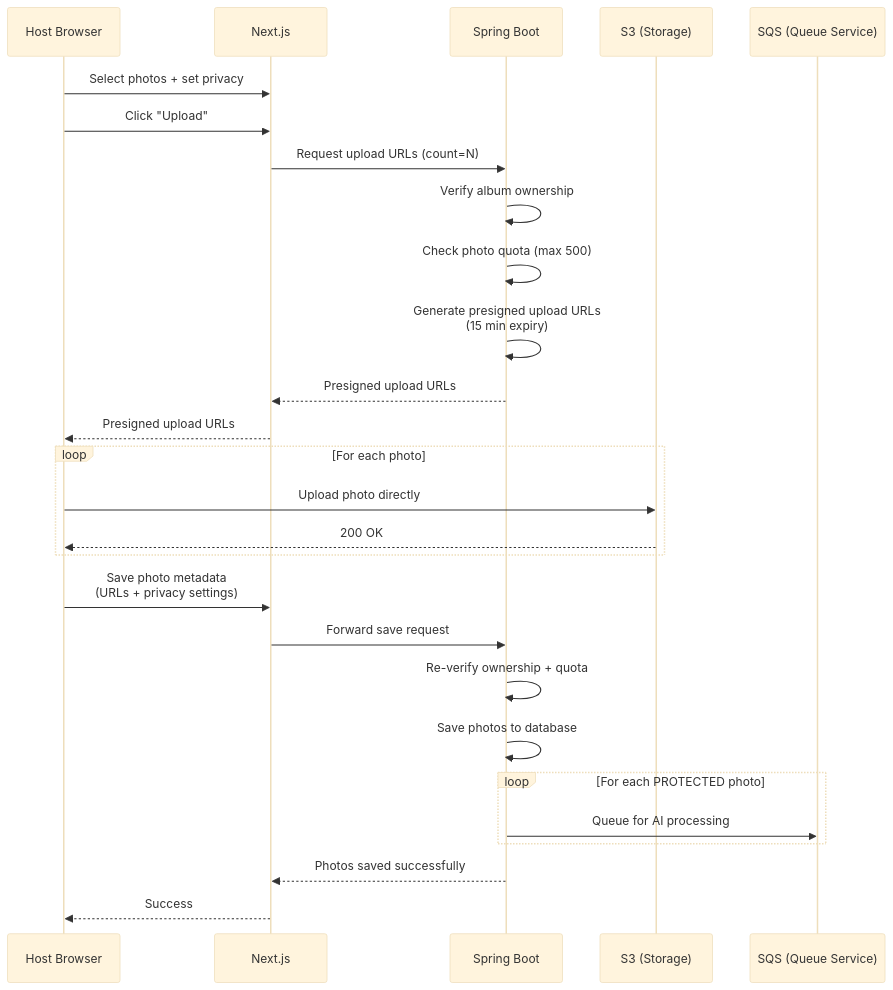
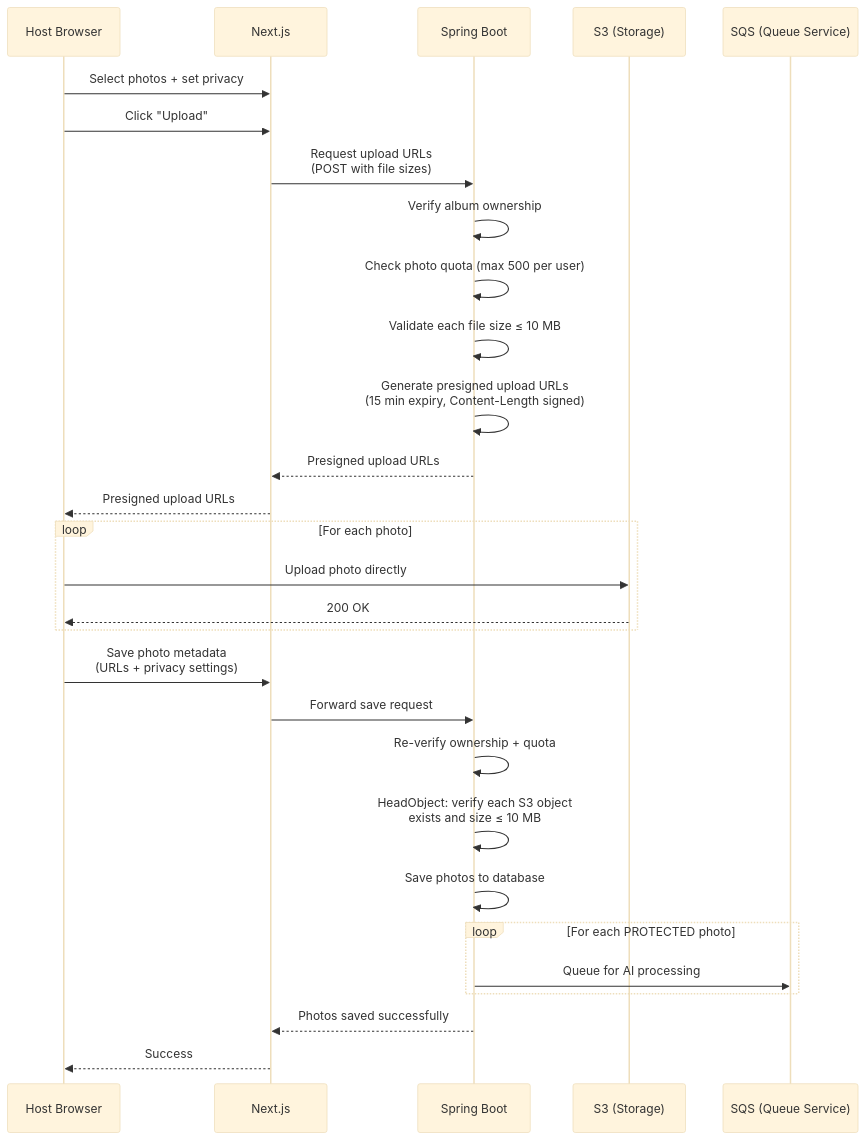
One commit to Shahir-47/grab-pic changed the tenth of 14 diagrams in README.md. Above: the diagram before and after it, drawn with Mermaid (base theme). The commit also changed other lines of this file and 2 other files, not shown here.

Commit message:
feat: update README and code comments for clarity on photo limits and embedding dimensions

````diff
--- a/README.md
+++ b/README.md
@@ -481,35 +532,37 @@
 ```mermaid
 sequenceDiagram
     participant Host as Host Browser
     participant Next as Next.js
     participant SB as Spring Boot
     participant S3 as S3 (Storage)
     participant SQS as SQS (Queue Service)
 
     Host->>Next: Select photos + set privacy
     Host->>Next: Click "Upload"
 
-    Next->>SB: Request upload URLs (count=N)
+    Next->>SB: Request upload URLs<br>(POST with file sizes)
     SB->>SB: Verify album ownership
-    SB->>SB: Check photo quota (max 500)
-    SB->>SB: Generate presigned upload URLs<br>(15 min expiry)
+    SB->>SB: Check photo quota (max 500 per user)
+    SB->>SB: Validate each file size ≤ 10 MB
+    SB->>SB: Generate presigned upload URLs<br>(15 min expiry, Content-Length signed)
     SB-->>Next: Presigned upload URLs
     Next-->>Host: Presigned upload URLs
 
     loop For each photo
         Host->>S3: Upload photo directly
         S3-->>Host: 200 OK
     end
 
     Host->>Next: Save photo metadata<br>(URLs + privacy settings)
     Next->>SB: Forward save request
     SB->>SB: Re-verify ownership + quota
+    SB->>SB: HeadObject: verify each S3 object<br>exists and size ≤ 10 MB
     SB->>SB: Save photos to database
 
     loop For each PROTECTED photo
         SB->>SQS: Queue for AI processing
     end
 
     SB-->>Next: Photos saved successfully
     Next-->>Host: Success
 ```
````
